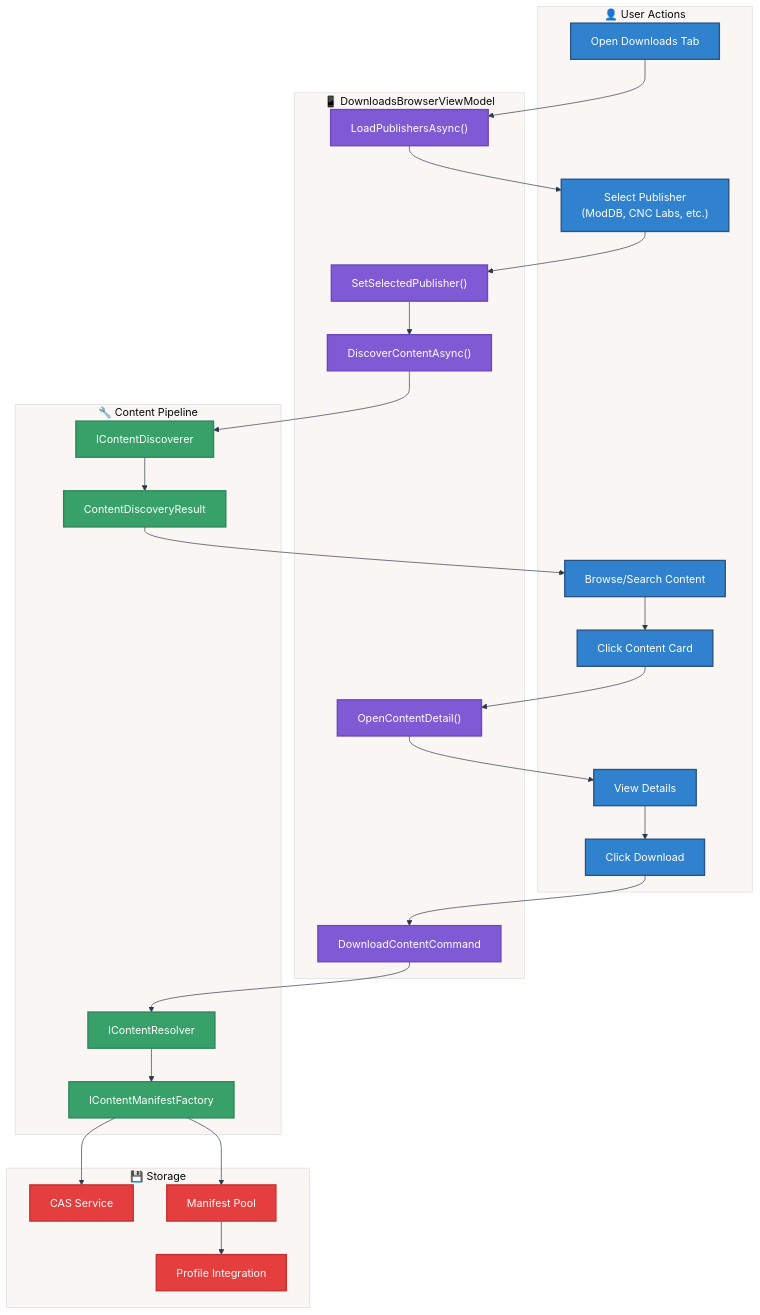
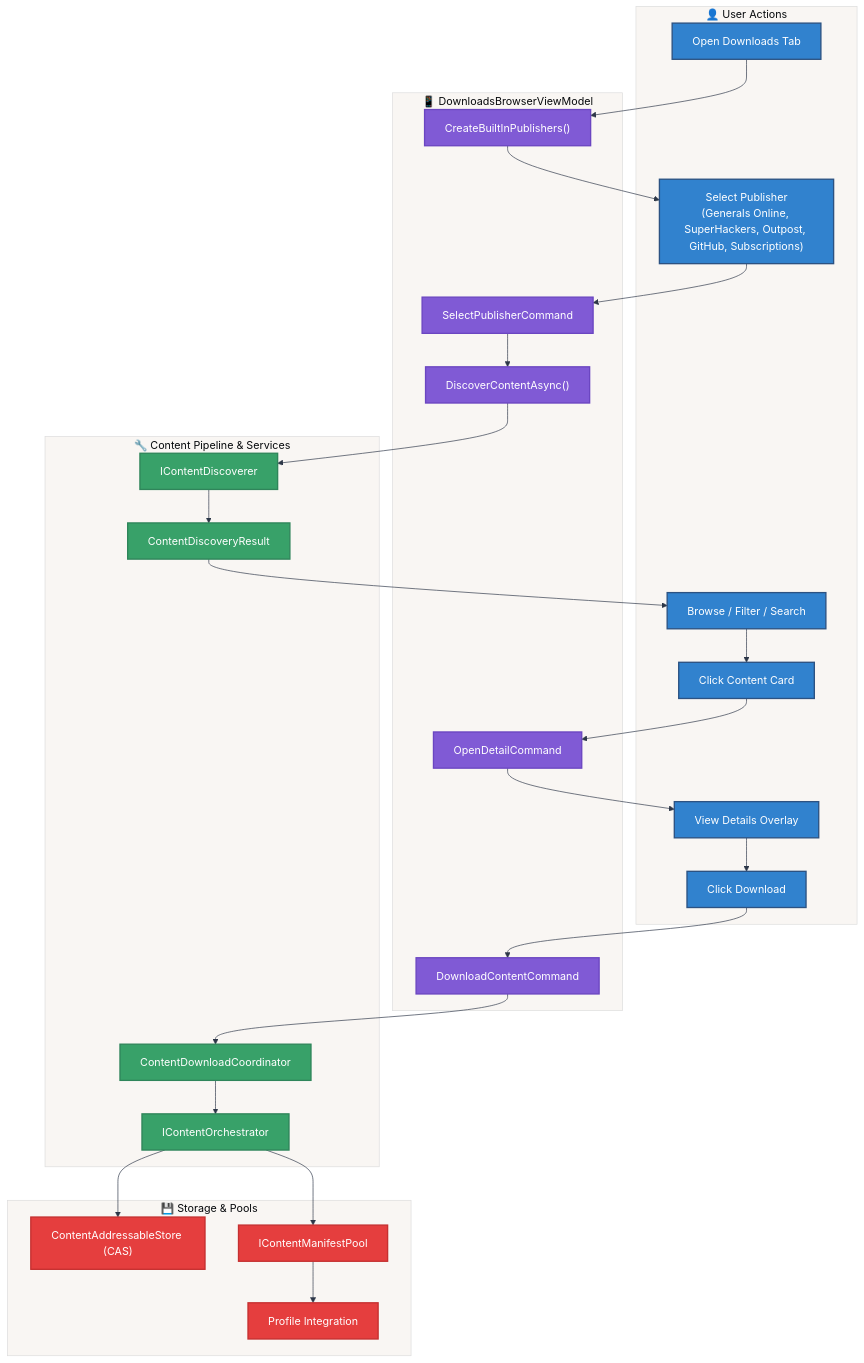
The first of 9 diagrams in docs/FlowCharts/Downloads-Flow.md (undead2146/GenHub), drawn with Mermaid before and after one commit. The commit also changed other lines of this file and 20 other files, not shown here.

````diff
--- a/docs/FlowCharts/Downloads-Flow.md
+++ b/docs/FlowCharts/Downloads-Flow.md
@@ -27,71 +31,71 @@
 ```mermaid
 %%{init: {
   'theme': 'base',
   'themeVariables': {
     'primaryColor': '#e2e8f0',
     'primaryTextColor': '#1a202c',
     'primaryBorderColor': '#4a5568',
     'lineColor': '#2d3748',
     'background': '#ffffff'
   }
 }}%%
 
 flowchart TD
     subgraph User["👤 User Actions"]
         A["Open Downloads Tab"]
-        B["Select Publisher<br/>(ModDB, CNC Labs, etc.)"]
-        C["Browse/Search Content"]
+        B["Select Publisher<br/>(Generals Online, SuperHackers, Outpost, GitHub, Subscriptions)"]
+        C["Browse / Filter / Search"]
         D["Click Content Card"]
-        E["View Details"]
+        E["View Details Overlay"]
         F["Click Download"]
     end
 
     subgraph ViewModel["📱 DownloadsBrowserViewModel"]
-        V1["LoadPublishersAsync()"]
-        V2["SetSelectedPublisher()"]
+        V1["CreateBuiltInPublishers()"]
+        V2["SelectPublisherCommand"]
         V3["DiscoverContentAsync()"]
-        V4["OpenContentDetail()"]
+        V4["OpenDetailCommand"]
         V5["DownloadContentCommand"]
     end
 
-    subgraph Pipeline["🔧 Content Pipeline"]
+    subgraph Pipeline["🔧 Content Pipeline & Services"]
         P1["IContentDiscoverer"]
         P2["ContentDiscoveryResult"]
-        P3["IContentResolver"]
-        P4["IContentManifestFactory"]
+        P3["ContentDownloadCoordinator"]
+        P4["IContentOrchestrator"]
     end
 
-    subgraph Storage["💾 Storage"]
-        S1["CAS Service"]
-        S2["Manifest Pool"]
+    subgraph Storage["💾 Storage & Pools"]
+        S1["ContentAddressableStore (CAS)"]
+        S2["IContentManifestPool"]
         S3["Profile Integration"]
     end
 
     A --> V1
     V1 --> B
     B --> V2
     V2 --> V3
     V3 --> P1
     P1 --> P2
     P2 --> C
     C --> D
     D --> V4
     V4 --> E
     E --> F
     F --> V5
     V5 --> P3
     P3 --> P4
     P4 --> S1
     P4 --> S2
     S2 --> S3
 
     classDef user fill:#3182ce,stroke:#2c5282,stroke-width:2px,color:#ffffff
     classDef viewmodel fill:#805ad5,stroke:#6b46c1,stroke-width:2px,color:#ffffff
     classDef pipeline fill:#38a169,stroke:#2f855a,stroke-width:2px,color:#ffffff
     classDef storage fill:#e53e3e,stroke:#c53030,stroke-width:2px,color:#ffffff
 
     class A,B,C,D,E,F user
     class V1,V2,V3,V4,V5 viewmodel
     class P1,P2,P3,P4 pipeline
     class S1,S2,S3 storage
 ```
````
